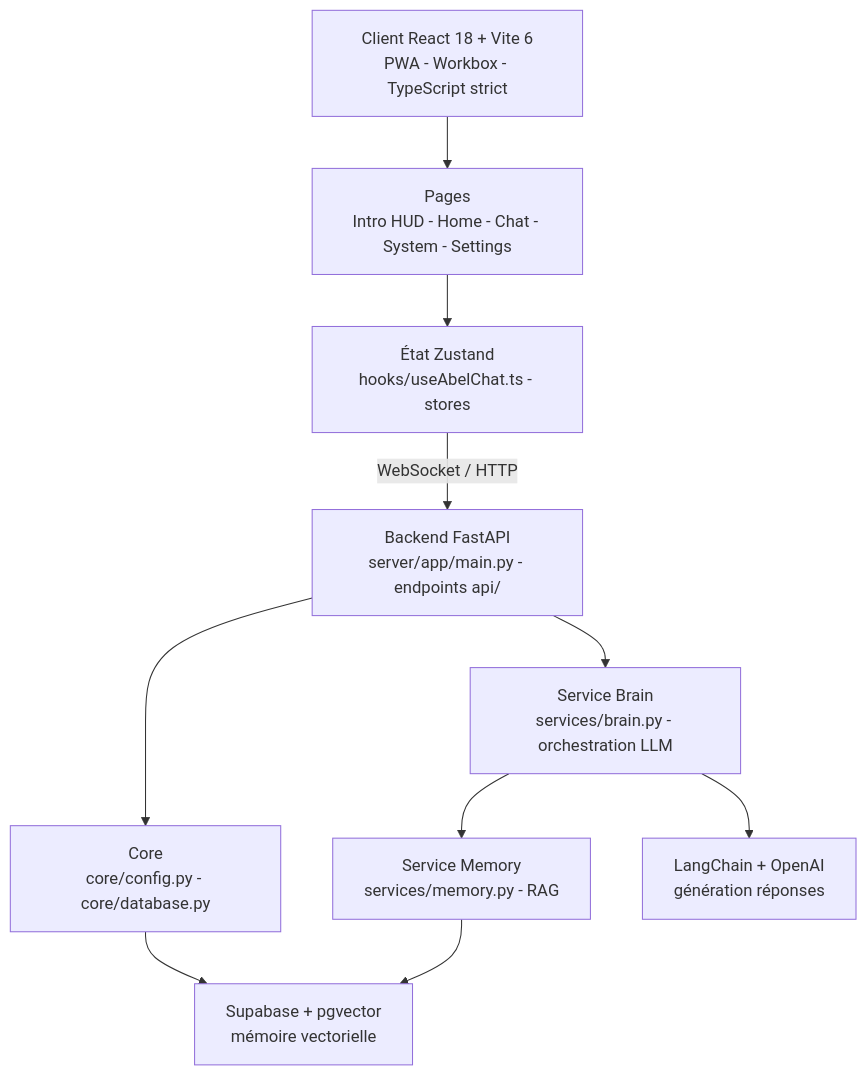
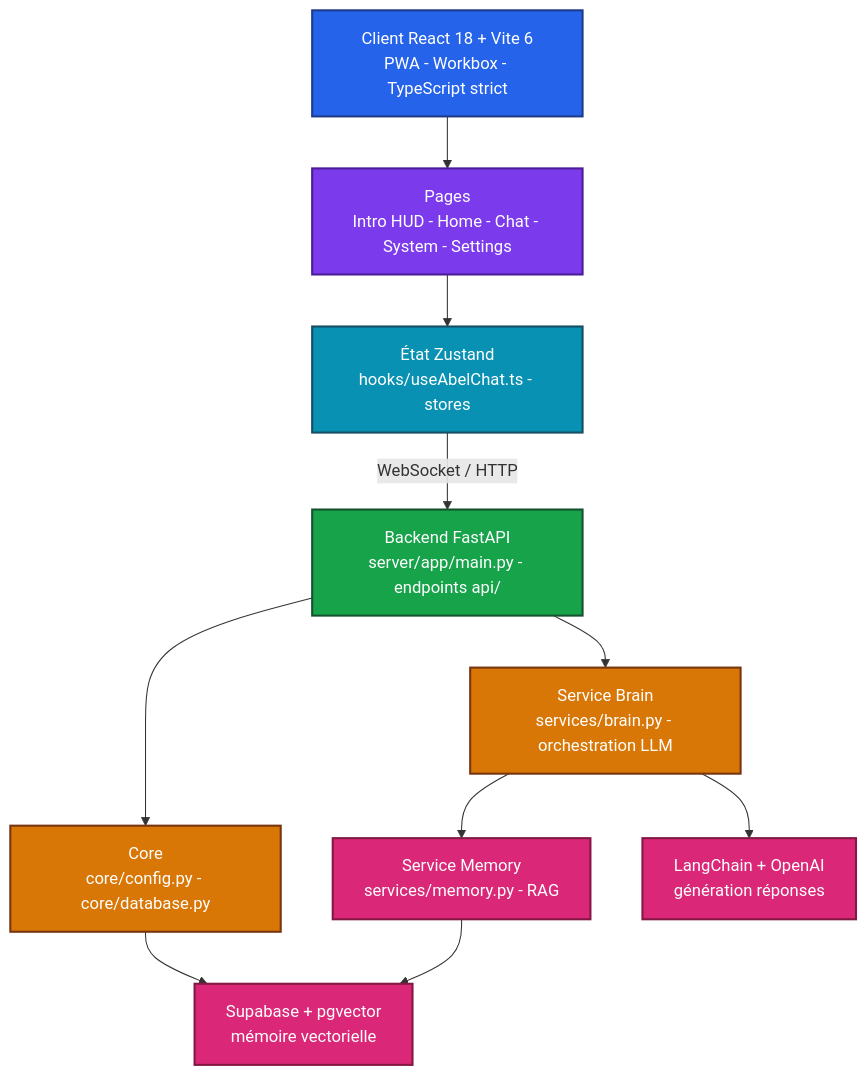
The diagram in README.md (Adam-Blf/A.B.E.L), drawn with Mermaid before and after one commit.

Commit message:
docs: add colors to mermaid diagrams (#5)
Each node gets a palette class (by subgraph or by flow depth), subgraphs are tinted, non-flowchart diagrams use a colored base theme. Validated by rendering every diagram before and after.

````diff
--- a/README.md
+++ b/README.md
@@ -20,22 +20,35 @@
 ```mermaid
 flowchart TB
     PWA["Client React 18 + Vite 6<br/>PWA - Workbox - TypeScript strict"]
     PAGES["Pages<br/>Intro HUD - Home - Chat - System - Settings"]
     STORE["État Zustand<br/>hooks/useAbelChat.ts - stores"]
     API["Backend FastAPI<br/>server/app/main.py - endpoints api/"]
     CORE["Core<br/>core/config.py - core/database.py"]
     BRAIN["Service Brain<br/>services/brain.py - orchestration LLM"]
     MEM["Service Memory<br/>services/memory.py - RAG"]
     DB["Supabase + pgvector<br/>mémoire vectorielle"]
     LLM["LangChain + OpenAI<br/>génération réponses"]
 
     PWA --> PAGES
     PAGES --> STORE
     STORE -->|WebSocket / HTTP| API
     API --> CORE
     API --> BRAIN
     BRAIN --> MEM
     MEM --> DB
     CORE --> DB
     BRAIN --> LLM
+
+    classDef c0 fill:#2563eb,stroke:#1e3a8a,stroke-width:2px,color:#ffffff
+    classDef c1 fill:#7c3aed,stroke:#4c1d95,stroke-width:2px,color:#ffffff
+    classDef c2 fill:#0891b2,stroke:#164e63,stroke-width:2px,color:#ffffff
+    classDef c3 fill:#16a34a,stroke:#14532d,stroke-width:2px,color:#ffffff
+    classDef c4 fill:#d97706,stroke:#78350f,stroke-width:2px,color:#ffffff
+    classDef c5 fill:#db2777,stroke:#831843,stroke-width:2px,color:#ffffff
+    class PWA c0
+    class PAGES c1
+    class STORE c2
+    class API c3
+    class CORE,BRAIN c4
+    class MEM,DB,LLM c5
 ```
````
